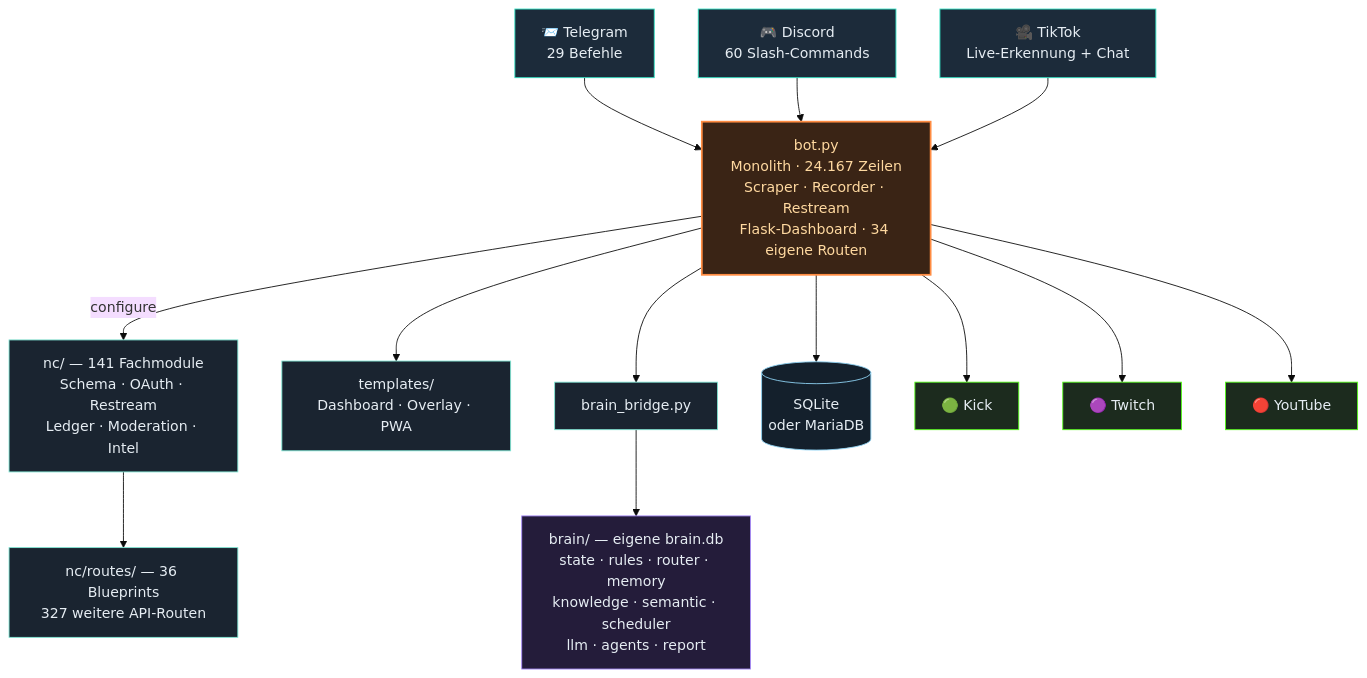
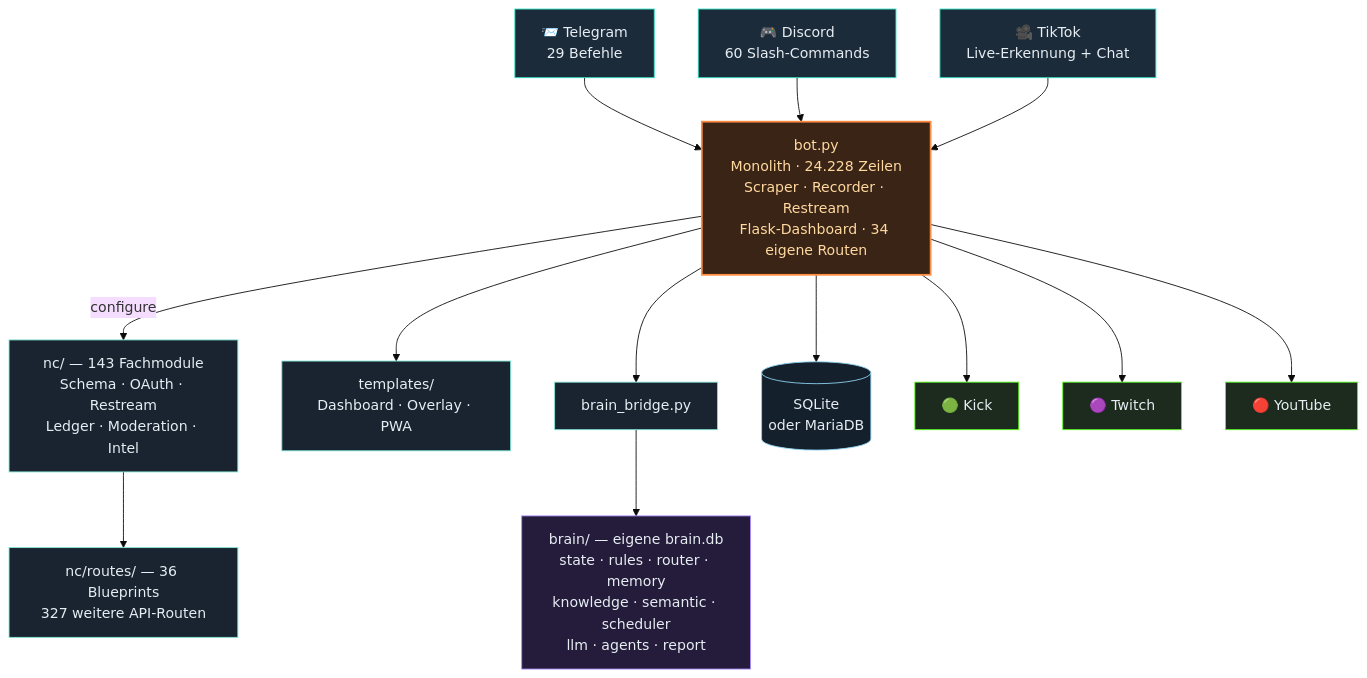
Before and after one commit to itsamemedev/Telegram-Stream-Info-Bot: the third of 4 diagrams in README.md, drawn with Mermaid (base theme). The commit also changed other lines of this file and 14 other files, not shown here.

First line of the commit message:
v4.2-W85: der Schema-Zaehler und die Herkunft des laufenden Bestands

````diff
--- a/README.md
+++ b/README.md
@@ -189,30 +189,30 @@
 ```mermaid
 flowchart TB
     TG["📨 Telegram<br/>29 Befehle"]:::ein
     DC["🎮 Discord<br/>60 Slash-Commands"]:::ein
     TT["🎥 TikTok<br/>Live-Erkennung + Chat"]:::ein
 
     TG --> BOT
     DC --> BOT
     TT --> BOT
 
-    BOT["bot.py<br/>Monolith · 24.167 Zeilen<br/>Scraper · Recorder · Restream<br/>Flask-Dashboard · 34 eigene Routen"]:::core
+    BOT["bot.py<br/>Monolith · 24.228 Zeilen<br/>Scraper · Recorder · Restream<br/>Flask-Dashboard · 34 eigene Routen"]:::core
 
-    BOT -->|configure| NC["nc/ — 141 Fachmodule<br/>Schema · OAuth · Restream<br/>Ledger · Moderation · Intel"]:::lib
+    BOT -->|configure| NC["nc/ — 143 Fachmodule<br/>Schema · OAuth · Restream<br/>Ledger · Moderation · Intel"]:::lib
     NC --> RT["nc/routes/ — 36 Blueprints<br/>327 weitere API-Routen"]:::lib
     BOT --> TPL["templates/<br/>Dashboard · Overlay · PWA"]:::lib
     BOT --> BR["brain_bridge.py"]:::lib
     BR --> BRAIN["brain/ — eigene brain.db<br/>state · rules · router · memory<br/>knowledge · semantic · scheduler<br/>llm · agents · report"]:::brain
     BOT --> DB[("SQLite<br/>oder MariaDB")]:::db
 
     BOT --> KICK["🟢 Kick"]:::out
     BOT --> TW["🟣 Twitch"]:::out
     BOT --> YT["🔴 YouTube"]:::out
 
     classDef ein fill:#1c2b3a,stroke:#2de1c2,color:#e6edf3
     classDef core fill:#3a2415,stroke:#ff8c42,stroke-width:2px,color:#ffd9a0
     classDef lib fill:#1a2430,stroke:#7fe7d4,color:#e6edf3
     classDef brain fill:#241c3a,stroke:#a78bfa,color:#e6edf3
     classDef db fill:#14202c,stroke:#8fd3f4,color:#e6edf3
     classDef out fill:#1c2b1e,stroke:#53fc18,color:#e6edf3
 ```
````
